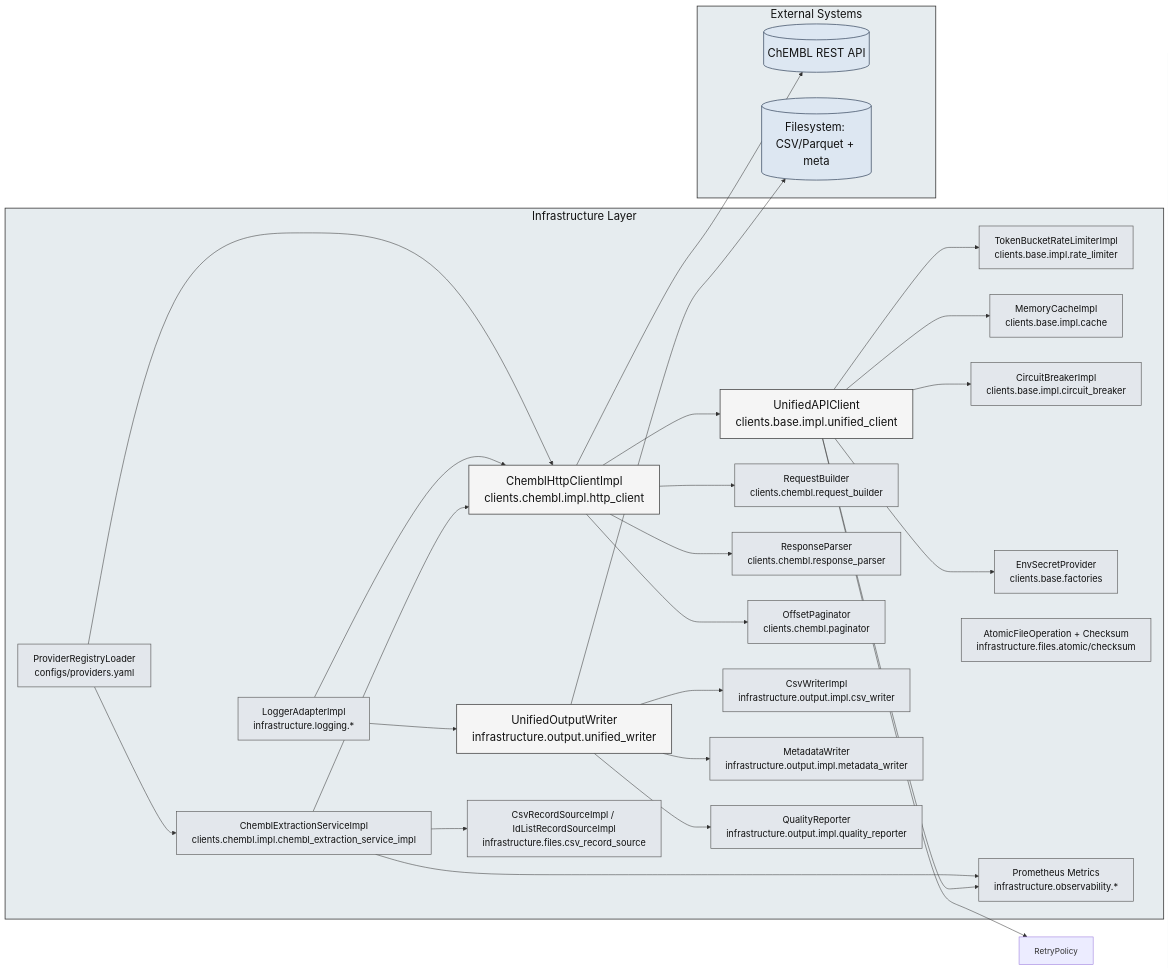
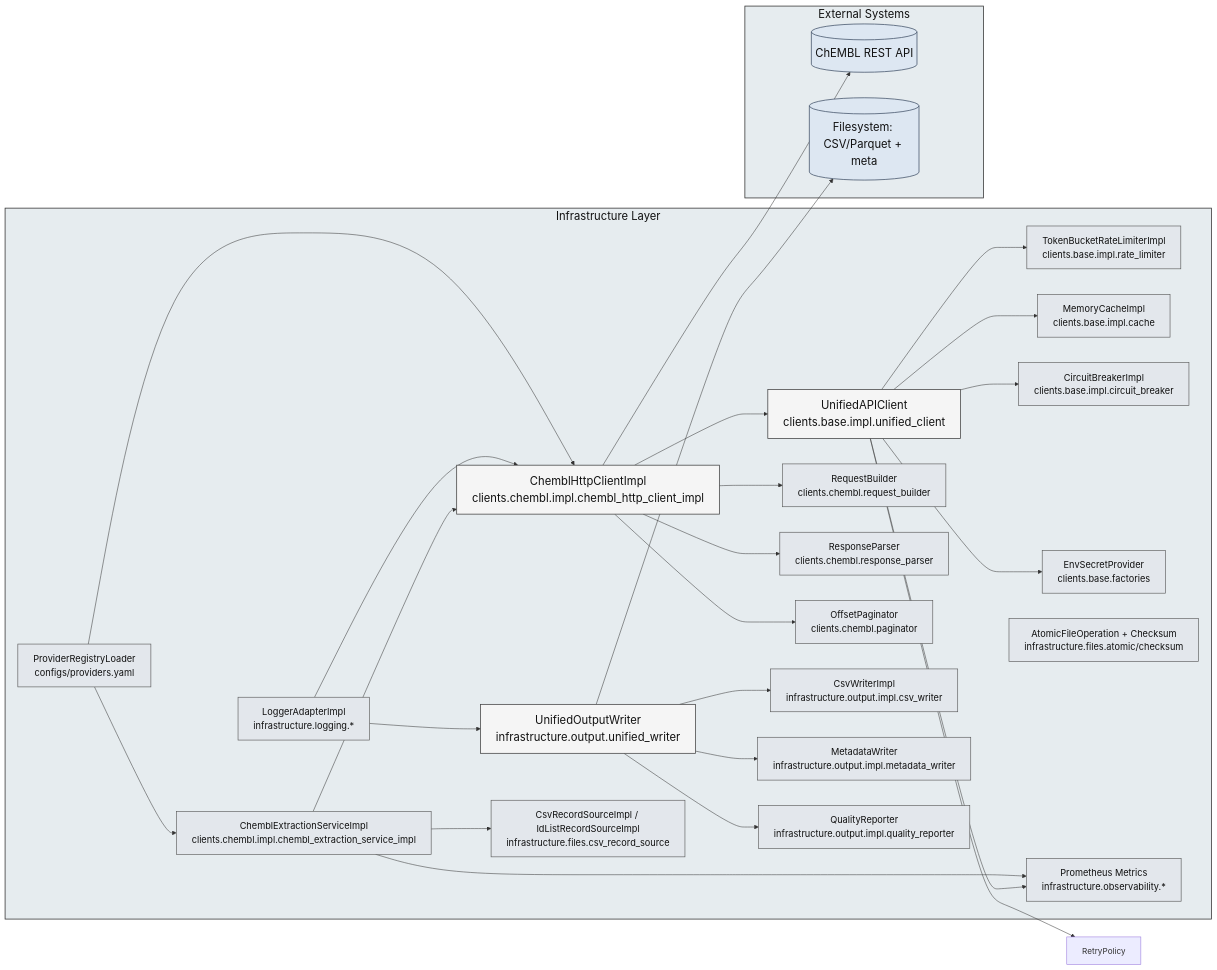
The diagram in docs/architecture/diagrams/component/03-infrastructure-components.mmd (SatoryKono/BioactivityDataAcquisition), drawn with Mermaid before and after one commit. The commit also changed 20 other files, not shown here.

Commit message:
Refactor infrastructure naming for Chembl client and normalization transformer

```diff
--- a/docs/architecture/diagrams/component/03-infrastructure-components.mmd
+++ b/docs/architecture/diagrams/component/03-infrastructure-components.mmd
@@ -1,63 +1,63 @@
 ---
 id: 3f8f3a0c-6e6d-4a2b-9eae-6d5d981b37c8
 ---
 flowchart LR
 
 classDef componentPrimary   fill:#f5f5f5,stroke:#444,stroke-width:1.5px,color:#111,font-size:22px;
 classDef componentSecondary fill:#e3e7ec,stroke:#555,stroke-width:1.2px,color:#111,font-size:18px;
 classDef external           fill:#dde7f2,stroke:#44546a,stroke-width:1.5px,color:#111,font-size:22px;
 classDef group              fill:#e6ecef,stroke:#333,stroke-width:1.5px,color:#111,font-size:22px;
 
 subgraph Infrastructure["Infrastructure Layer"]
     UnifiedClient["UnifiedAPIClient\nclients.base.impl.unified_client"]:::componentPrimary
-    ChemblHttp["ChemblHttpClientImpl\nclients.chembl.impl.http_client"]:::componentPrimary
+    ChemblHttp["ChemblHttpClientImpl\nclients.chembl.impl.chembl_http_client_impl"]:::componentPrimary
     ExtractionService["ChemblExtractionServiceImpl\nclients.chembl.impl.chembl_extraction_service_impl"]:::componentSecondary
     RequestBuilder["RequestBuilder\nclients.chembl.request_builder"]:::componentSecondary
     ResponseParser["ResponseParser\nclients.chembl.response_parser"]:::componentSecondary
     Paginator["OffsetPaginator\nclients.chembl.paginator"]:::componentSecondary
     RateLimiter["TokenBucketRateLimiterImpl\nclients.base.impl.rate_limiter"]:::componentSecondary
     Cache["MemoryCacheImpl\nclients.base.impl.cache"]:::componentSecondary
     CircuitBreaker["CircuitBreakerImpl\nclients.base.impl.circuit_breaker"]:::componentSecondary
     Secrets["EnvSecretProvider\nclients.base.factories"]:::componentSecondary
 
     OutputWriter["UnifiedOutputWriter\ninfrastructure.output.unified_writer"]:::componentPrimary
     CsvWriter["CsvWriterImpl\ninfrastructure.output.impl.csv_writer"]:::componentSecondary
     MetadataWriter["MetadataWriter\ninfrastructure.output.impl.metadata_writer"]:::componentSecondary
     QualityReporter["QualityReporter\ninfrastructure.output.impl.quality_reporter"]:::componentSecondary
     AtomicIO["AtomicFileOperation + Checksum\ninfrastructure.files.atomic/checksum"]:::componentSecondary
 
     Logging["LoggerAdapterImpl\ninfrastructure.logging.*"]:::componentSecondary
     Observability["Prometheus Metrics\ninfrastructure.observability.*"]:::componentSecondary
     ProviderRegistry["ProviderRegistryLoader\nconfigs/providers.yaml"]:::componentSecondary
     RecordSources["CsvRecordSourceImpl / IdListRecordSourceImpl\ninfrastructure.files.csv_record_source"]:::componentSecondary
 end
 class Infrastructure group;
 
 subgraph External["External Systems"]
     ChemblAPI[(ChEMBL REST API)]:::external
     Storage[(Filesystem: CSV/Parquet + meta)]:::external
 end
 class External group;
 
 UnifiedClient --> RateLimiter
 UnifiedClient --> RetryPolicy
 UnifiedClient --> Cache
 UnifiedClient --> CircuitBreaker
 UnifiedClient --> Secrets
 UnifiedClient --> Observability
 ChemblHttp --> RequestBuilder
 ChemblHttp --> ResponseParser
 ChemblHttp --> Paginator
 ChemblHttp --> UnifiedClient
 ChemblHttp --> ChemblAPI
 ExtractionService --> ChemblHttp
 ExtractionService --> Observability
 ExtractionService --> RecordSources
 OutputWriter --> CsvWriter
 OutputWriter --> MetadataWriter
 OutputWriter --> QualityReporter
 OutputWriter --> Storage
 Logging --> OutputWriter
 Logging --> ChemblHttp
 ProviderRegistry --> ChemblHttp
 ProviderRegistry --> ExtractionService
```
